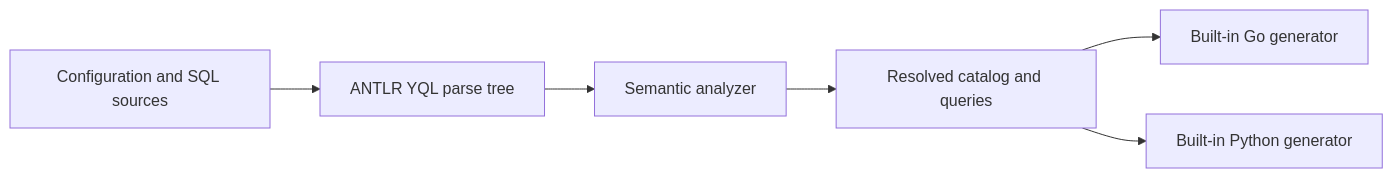
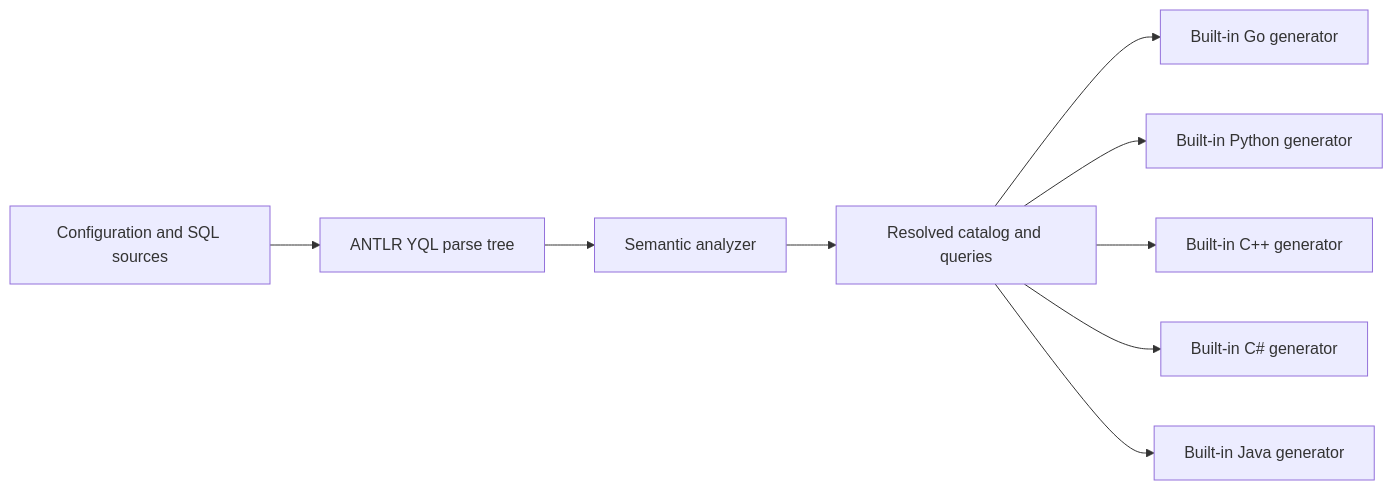
Before and after one commit to ydb-platform/sqlc-ydb: the diagram in docs/architecture.md, drawn with Mermaid. The commit also changed other lines of this file and 97 other files, not shown here.

Commit message:
codegen: add built-in C++, C# and Java targets

````diff
--- a/docs/architecture.md
+++ b/docs/architecture.md
@@ -3,8 +3,11 @@
 ```mermaid
 flowchart LR
   A[Configuration and SQL sources] --> B[ANTLR YQL parse tree]
   B --> C[Semantic analyzer]
   C --> D[Resolved catalog and queries]
   D --> E[Built-in Go generator]
   D --> F[Built-in Python generator]
+  D --> G[Built-in C++ generator]
+  D --> H[Built-in C# generator]
+  D --> I[Built-in Java generator]
 ```
````
